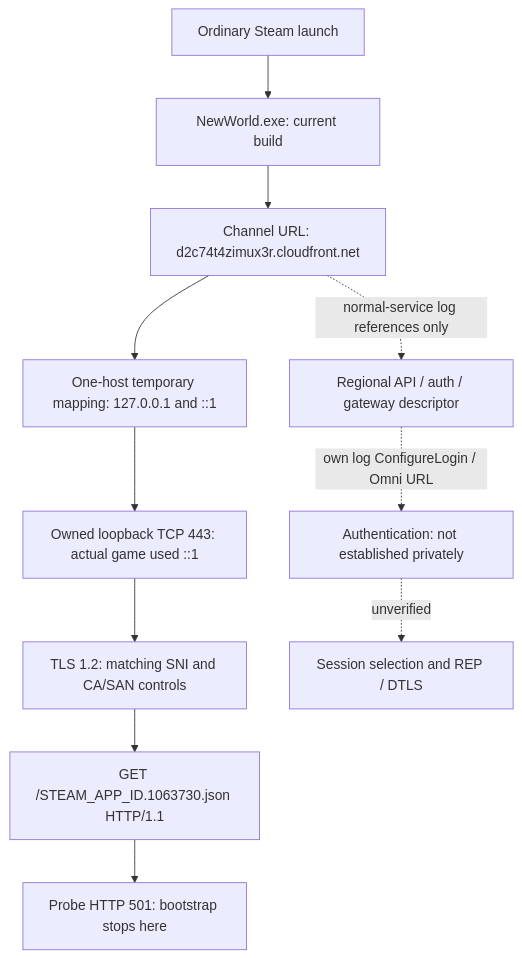
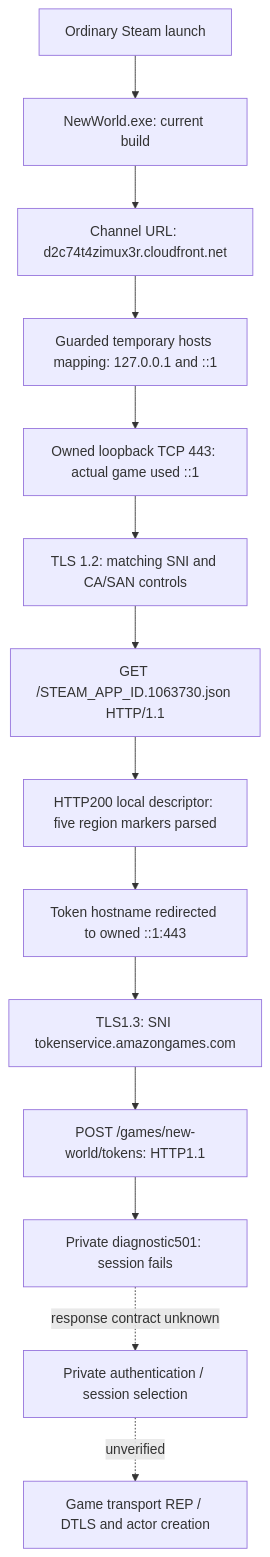
The diagram in docs/CURRENT_CLIENT_CONNECTIVITY.md (AScriver/NewWorldPreservation), drawn with Mermaid before and after one commit. The commit also changed other lines of this file and 21 other files, not shown here.

Commit message:
feat: prove stock-client private token HTTPS connectivity

````diff
--- a/docs/CURRENT_CLIENT_CONNECTIVITY.md
+++ b/docs/CURRENT_CLIENT_CONNECTIVITY.md
@@ -23,13 +25,16 @@
 ```mermaid
 flowchart TD
     Steam[Ordinary Steam launch] --> Client[NewWorld.exe: current build]
     Client --> Bootstrap[Channel URL: d2c74t4zimux3r.cloudfront.net]
-    Bootstrap --> Hosts[One-host temporary mapping: 127.0.0.1 and ::1]
+    Bootstrap --> Hosts[Guarded temporary hosts mapping: 127.0.0.1 and ::1]
     Hosts --> Probe[Owned loopback TCP 443: actual game used ::1]
     Probe --> TLS[TLS 1.2: matching SNI and CA/SAN controls]
     TLS --> GET[GET /STEAM_APP_ID.1063730.json HTTP/1.1]
-    GET --> Stop[Probe HTTP 501: bootstrap stops here]
-    Bootstrap -. normal-service log references only .-> Regions[Regional API / auth / gateway descriptor]
-    Regions -. own log ConfigureLogin / Omni URL .-> Auth[Authentication: not established privately]
-    Auth -. unverified .-> REP[Session selection and REP / DTLS]
+    GET --> Regions[HTTP200 local descriptor: five region markers parsed]
+    Regions --> Token[Token hostname redirected to owned ::1:443]
+    Token --> TokenTLS[TLS1.3: SNI tokenservice.amazongames.com]
+    TokenTLS --> Post[POST /games/new-world/tokens: HTTP1.1]
+    Post --> Stop[Private diagnostic501: session fails]
+    Stop -. response contract unknown .-> Auth[Private authentication / session selection]
+    Auth -. unverified .-> REP[Game transport REP / DTLS and actor creation]
 ```
````
